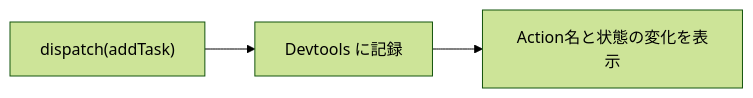
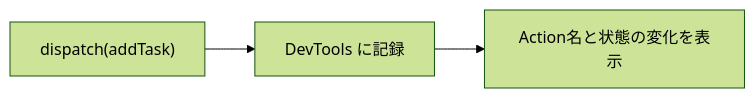
The diagram in books/ngrx-textbook/04-ngrx-setup.md (nagahara-naoki/zenn), drawn with Mermaid (forest theme) before and after one commit. The commit also changed other lines of this file, not shown here.

````diff
--- a/books/ngrx-textbook/04-ngrx-setup.md
+++ b/books/ngrx-textbook/04-ngrx-setup.md
@@ -171,5 +171,5 @@
 ```mermaid
 flowchart LR
-  D["dispatch(addTask)"] --> DT["Devtools に記録"]
+  D["dispatch(addTask)"] --> DT["DevTools に記録"]
   DT --> V["Action名と状態の変化を表示"]
 ```
````
